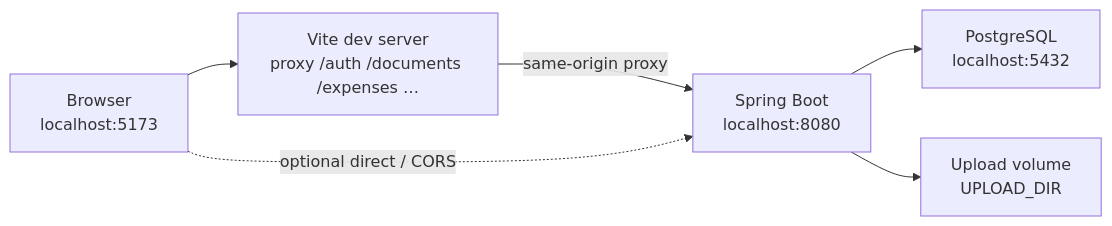
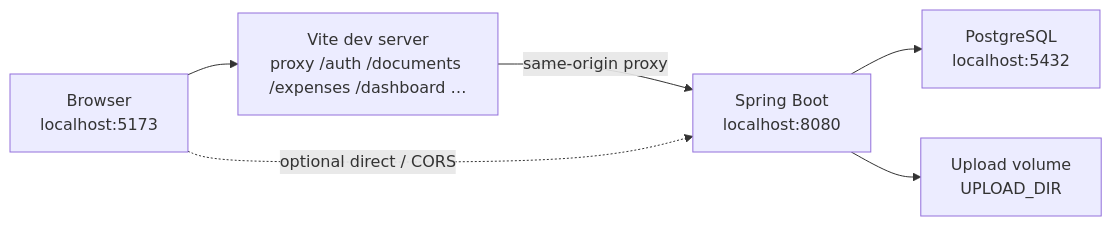
The second of 8 diagrams in docs/architecture.md (22simeon14/finance_tracker), drawn with Mermaid before and after one commit. The commit also changed other lines of this file, not shown here.

````diff
--- a/docs/architecture.md
+++ b/docs/architecture.md
@@ -105,14 +106,14 @@
 ```mermaid
 flowchart LR
     Browser["Browser<br/>localhost:5173"]
-    Vite["Vite dev server<br/>proxy /auth /documents /expenses …"]
+    Vite["Vite dev server<br/>proxy /auth /documents /expenses /dashboard …"]
     API["Spring Boot<br/>localhost:8080"]
     PG["PostgreSQL<br/>localhost:5432"]
     Disk["Upload volume<br/>UPLOAD_DIR"]
 
     Browser --> Vite
     Vite -->|"same-origin proxy"| API
     Browser -.->|"optional direct / CORS"| API
     API --> PG
     API --> Disk
 ```
````
